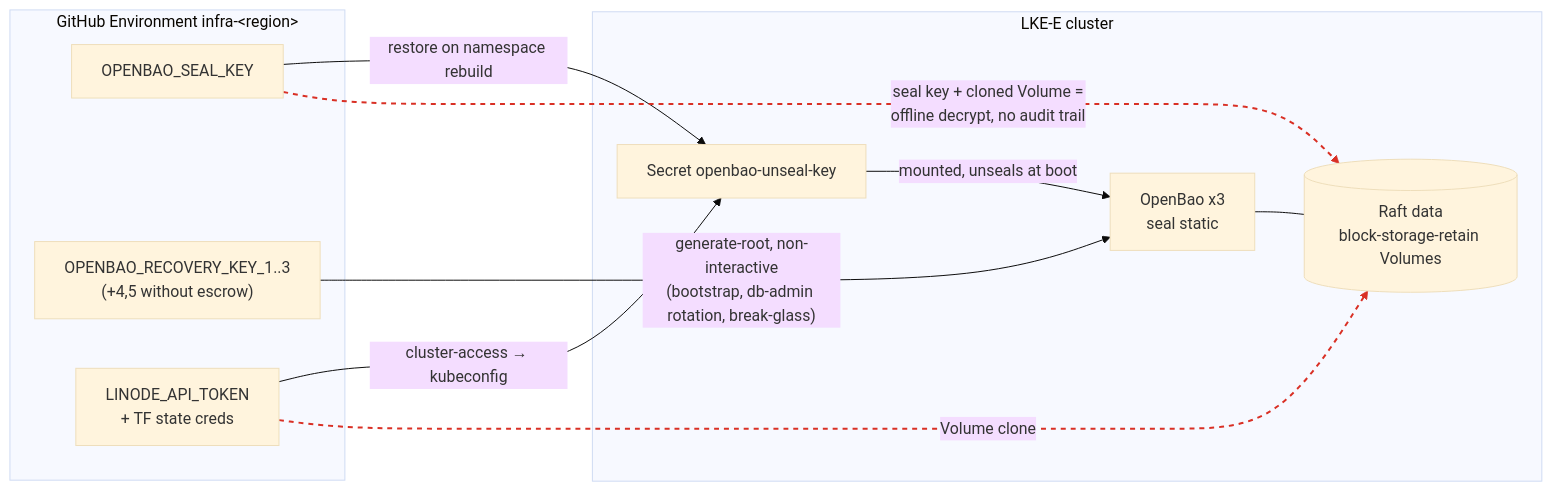
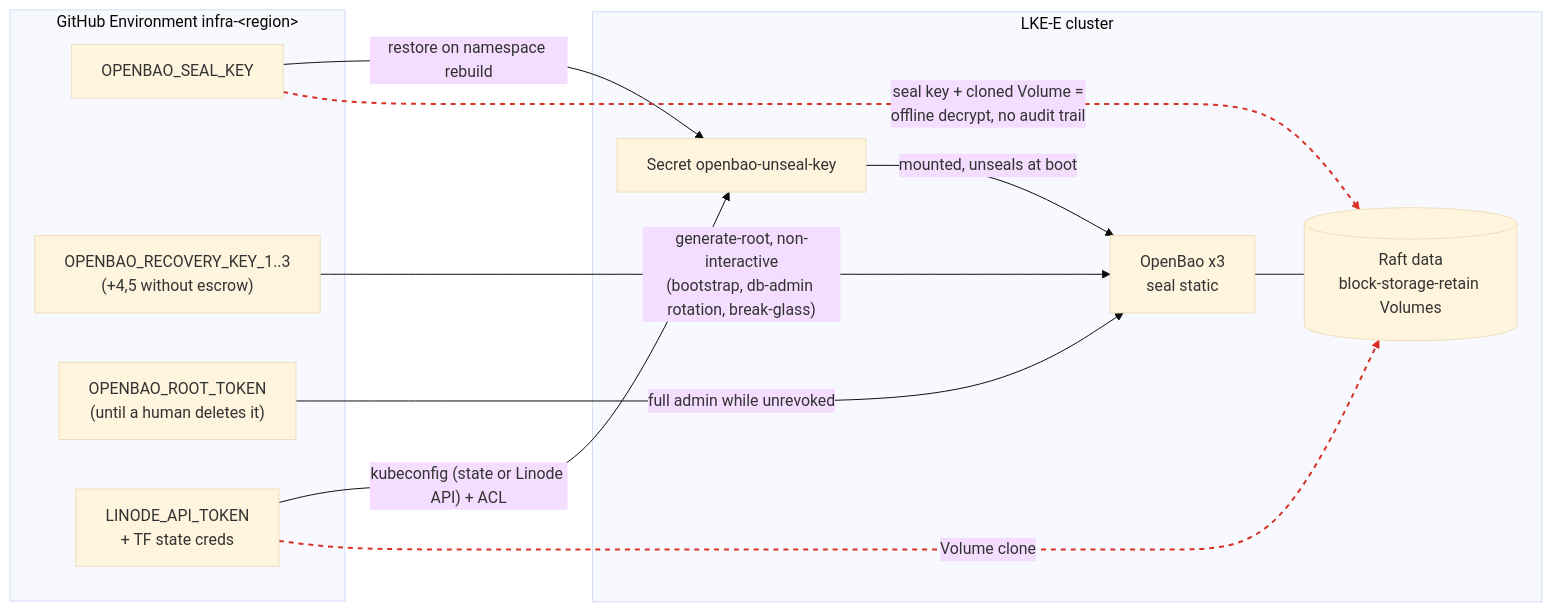
The diagram in docs/adr/0015-openbao-seal-and-recovery-custody.md (akamai-consulting/lke-landing-zone), drawn with Mermaid (base theme) before and after one commit. The commit also changed other lines of this file, not shown here.

````diff
--- a/docs/adr/0015-openbao-seal-and-recovery-custody.md
+++ b/docs/adr/0015-openbao-seal-and-recovery-custody.md
@@ -110,21 +190,23 @@
 ```mermaid
 flowchart LR
     subgraph GH["GitHub Environment infra-#lt;region#gt;"]
         SK["OPENBAO_SEAL_KEY"]
         RK["OPENBAO_RECOVERY_KEY_1..3<br/>(+4,5 without escrow)"]
+        RT["OPENBAO_ROOT_TOKEN<br/>(until a human deletes it)"]
         LT["LINODE_API_TOKEN<br/>+ TF state creds"]
     end
     subgraph LKE["LKE-E cluster"]
         SEC["Secret openbao-unseal-key"]
         BAO["OpenBao x3<br/>seal static"]
         VOL[("Raft data<br/>block-storage-retain Volumes")]
     end
     SK -->|"restore on namespace rebuild"| SEC
     SEC -->|"mounted, unseals at boot"| BAO
     BAO --- VOL
     RK -->|"generate-root, non-interactive<br/>(bootstrap, db-admin rotation, break-glass)"| BAO
-    LT -->|"cluster-access → kubeconfig"| SEC
+    RT -->|"full admin while unrevoked"| BAO
+    LT -->|"kubeconfig (state or Linode API) + ACL"| SEC
     SK -. "seal key + cloned Volume =<br/>offline decrypt, no audit trail" .-> VOL
     LT -. "Volume clone" .-> VOL
-    linkStyle 5,6 stroke:#d93025,stroke-width:2px,stroke-dasharray:5
+    linkStyle 6,7 stroke:#d93025,stroke-width:2px,stroke-dasharray:5
 ```
````
